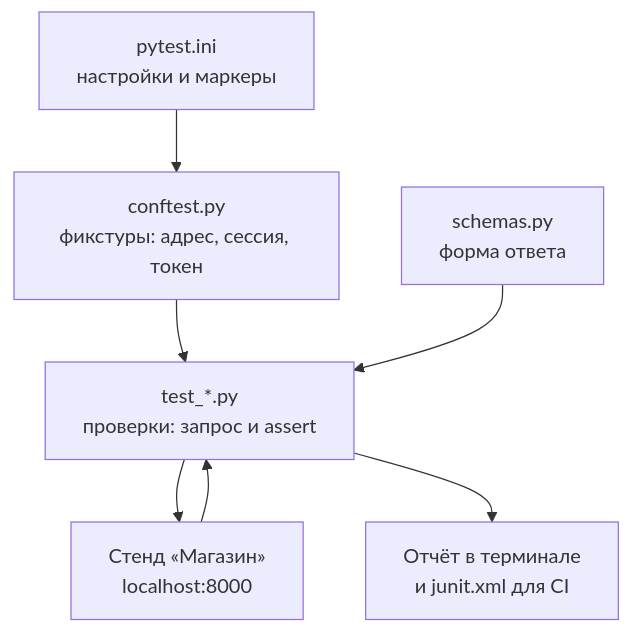
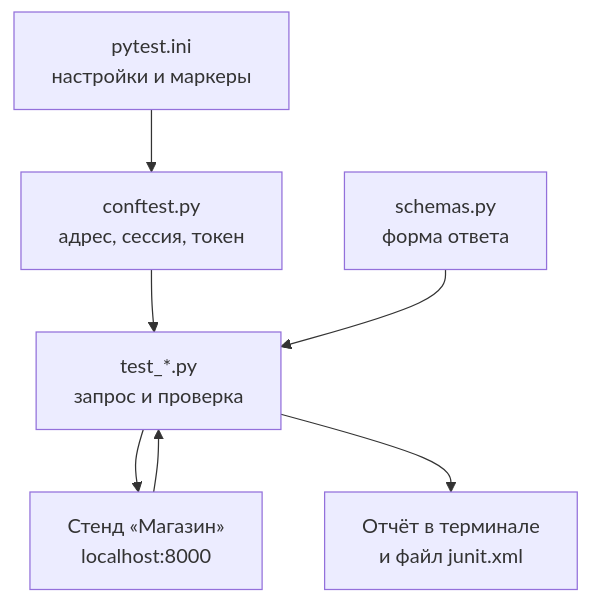
One commit to distinguished-sre/load-tester changed the first of 4 diagrams in 06-api-testing/02-api-autotests.md. Above: the diagram before and after it, drawn with Mermaid. The commit also changed other lines of this file and 3 other files, not shown here.

````diff
--- a/06-api-testing/02-api-autotests.md
+++ b/06-api-testing/02-api-autotests.md
@@ -30,9 +33,9 @@
 ```mermaid
 flowchart TD
-    A["pytest.ini<br>настройки и маркеры"] --> B["conftest.py<br>фикстуры: адрес, сессия, токен"]
-    B --> C["test_*.py<br>проверки: запрос и assert"]
+    A["pytest.ini<br>настройки и маркеры"] --> B["conftest.py<br>адрес, сессия, токен"]
+    B --> C["test_*.py<br>запрос и проверка"]
     S["schemas.py<br>форма ответа"] --> C
     C --> D["Стенд «Магазин»<br>localhost:8000"]
     D --> C
-    C --> R["Отчёт в терминале<br>и junit.xml для CI"]
+    C --> R["Отчёт в терминале<br>и файл junit.xml"]
 ```
````
